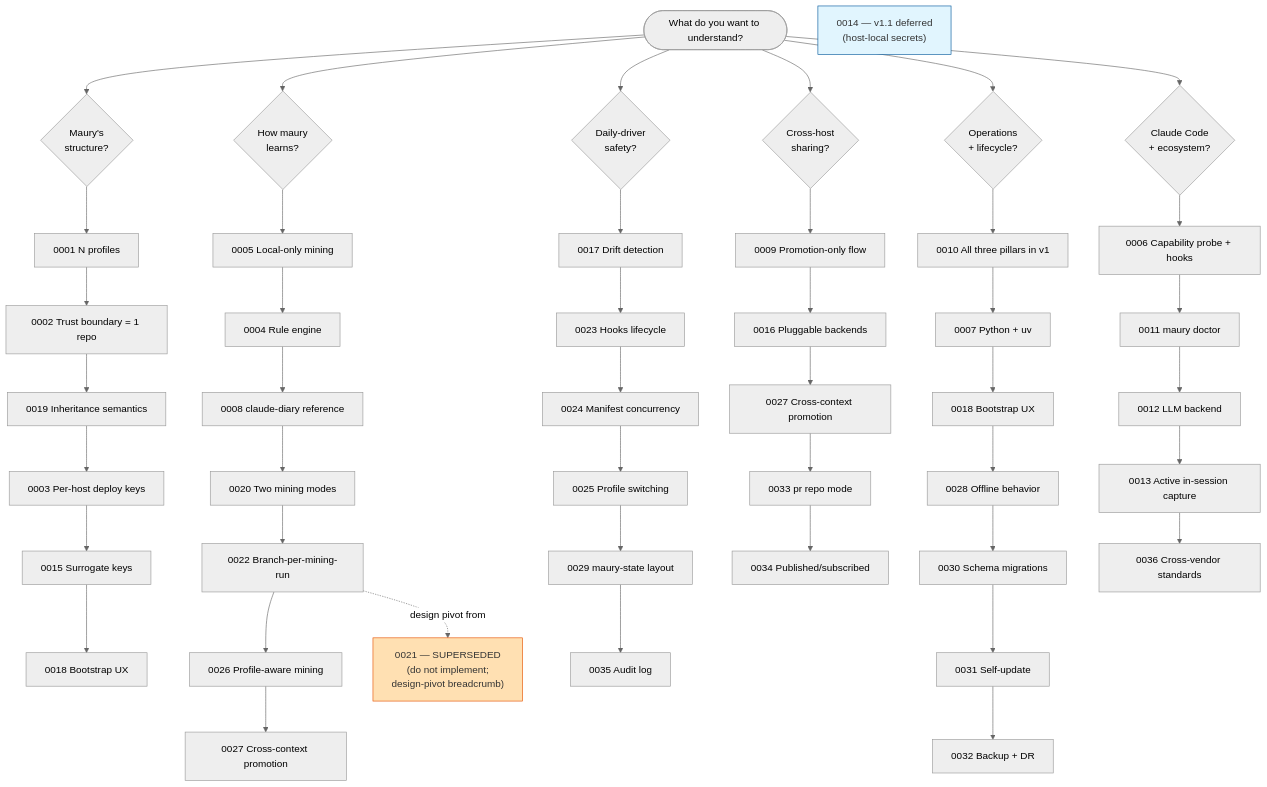
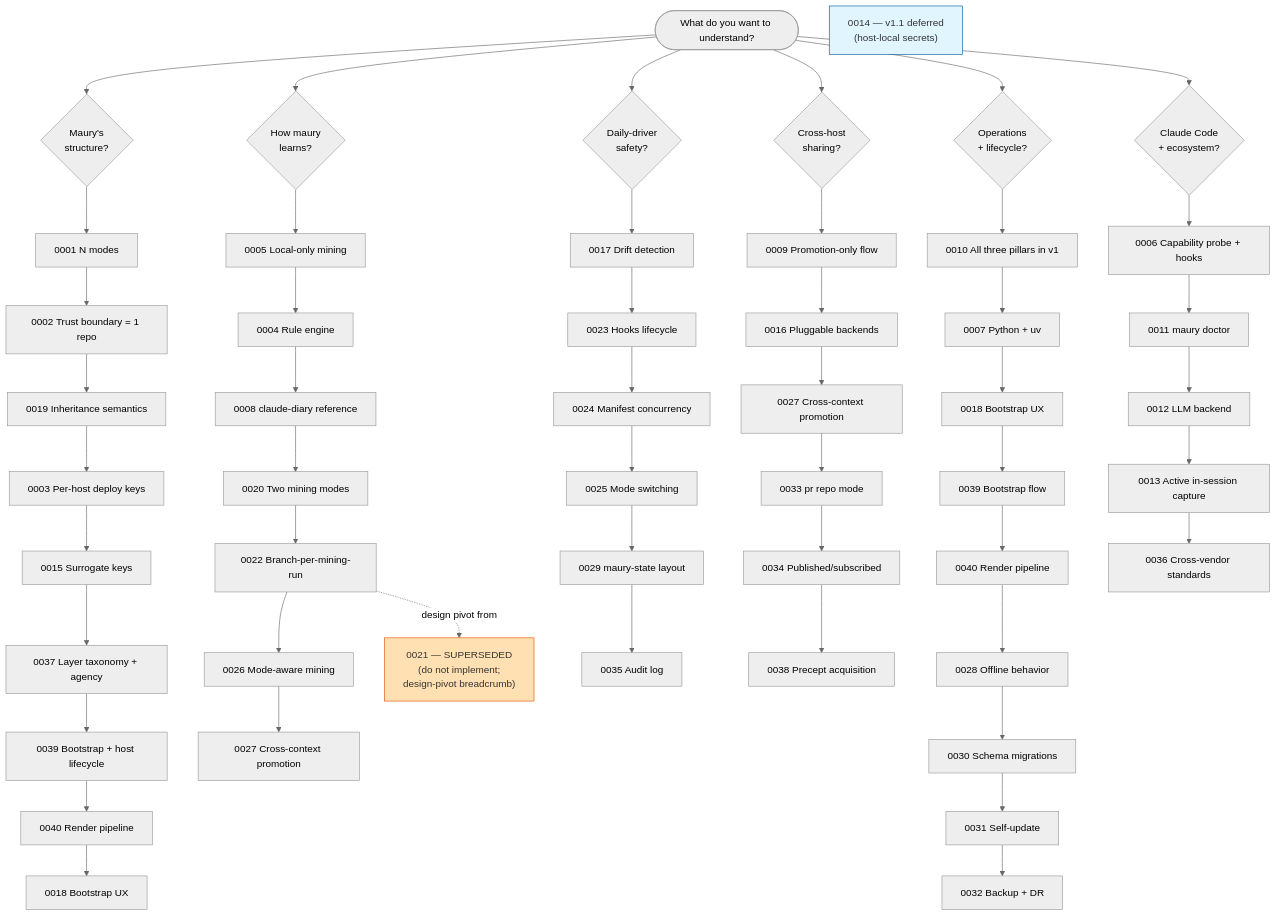
Before and after one commit to csmarshall/maury: the diagram in docs/adr/README.md, drawn with Mermaid (neutral theme). The commit also changed other lines of this file, not shown here.

First line of the commit message:
docs(adr/readme): add ADR-0037/0038/0039/0040 to navigation paths + fix flowchart

````diff
--- a/docs/adr/README.md
+++ b/docs/adr/README.md
@@ -23,63 +23,69 @@
 ```mermaid
 flowchart TD
     Start([What do you want to understand?])
 
     Start --> P1{Maury's<br/>structure?}
     Start --> P2{How maury<br/>learns?}
     Start --> P3{Daily-driver<br/>safety?}
     Start --> P4{Cross-host<br/>sharing?}
     Start --> P5{Operations<br/>+ lifecycle?}
     Start --> P6{Claude Code<br/>+ ecosystem?}
 
-    P1 --> A0001[0001 N profiles]
+    P1 --> A0001[0001 N modes]
     A0001 --> A0002[0002 Trust boundary = 1 repo]
     A0002 --> A0019[0019 Inheritance semantics]
     A0019 --> A0003[0003 Per-host deploy keys]
     A0003 --> A0015[0015 Surrogate keys]
-    A0015 --> A0018a[0018 Bootstrap UX]
+    A0015 --> A0037[0037 Layer taxonomy + agency]
+    A0037 --> A0039a[0039 Bootstrap + host lifecycle]
+    A0039a --> A0040a[0040 Render pipeline]
+    A0040a --> A0018a[0018 Bootstrap UX]
 
     P2 --> A0005[0005 Local-only mining]
     A0005 --> A0004[0004 Rule engine]
     A0004 --> A0008[0008 claude-diary reference]
     A0008 --> A0020[0020 Two mining modes]
     A0020 --> A0022[0022 Branch-per-mining-run]
-    A0022 --> A0026[0026 Profile-aware mining]
+    A0022 --> A0026[0026 Mode-aware mining]
     A0026 --> A0027a[0027 Cross-context promotion]
 
     P3 --> A0017[0017 Drift detection]
     A0017 --> A0023[0023 Hooks lifecycle]
     A0023 --> A0024[0024 Manifest concurrency]
-    A0024 --> A0025[0025 Profile switching]
+    A0024 --> A0025[0025 Mode switching]
     A0025 --> A0029[0029 maury-state layout]
     A0029 --> A0035[0035 Audit log]
 
     P4 --> A0009[0009 Promotion-only flow]
     A0009 --> A0016[0016 Pluggable backends]
     A0016 --> A0027b[0027 Cross-context promotion]
     A0027b --> A0033[0033 pr repo mode]
     A0033 --> A0034[0034 Published/subscribed]
+    A0034 --> A0038[0038 Precept acquisition]
 
     P5 --> A0010[0010 All three pillars in v1]
     A0010 --> A0007[0007 Python + uv]
     A0007 --> A0018b[0018 Bootstrap UX]
-    A0018b --> A0028[0028 Offline behavior]
+    A0018b --> A0039b[0039 Bootstrap flow]
+    A0039b --> A0040b[0040 Render pipeline]
+    A0040b --> A0028[0028 Offline behavior]
     A0028 --> A0030[0030 Schema migrations]
     A0030 --> A0031[0031 Self-update]
     A0031 --> A0032[0032 Backup + DR]
 
     P6 --> A0006[0006 Capability probe + hooks]
     A0006 --> A0011[0011 maury doctor]
     A0011 --> A0012[0012 LLM backend]
     A0012 --> A0013[0013 Active in-session capture]
     A0013 --> A0036[0036 Cross-vendor standards]
 
     Note0021["0021 — SUPERSEDED<br/>(do not implement;<br/>design-pivot breadcrumb)"]
     A0022 -.->|design pivot from| Note0021
 
     Note0014["0014 — v1.1 deferred<br/>(host-local secrets)"]
 
     classDef superseded fill:#ffe0b2,stroke:#e65100,color:#333
     classDef deferred fill:#e1f5fe,stroke:#01579b,color:#333
     class Note0021 superseded
     class Note0014 deferred
 ```
````
